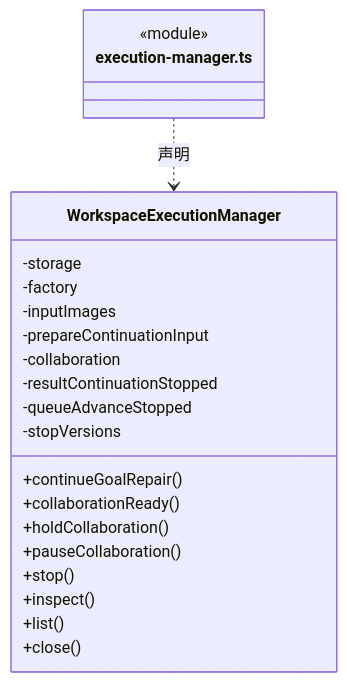
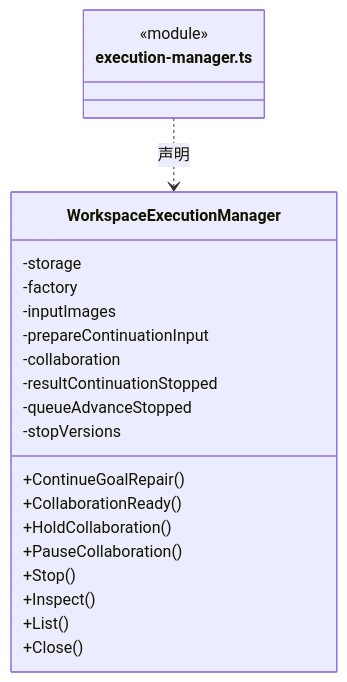
The fourth of 12 diagrams in src/logic/conversation/runtime/ARCHITECTURE.md (nan023062/cbim), drawn with Mermaid before and after one commit. The commit also changed other lines of this file and 1035 other files, not shown here.

````diff
--- a/src/logic/conversation/runtime/ARCHITECTURE.md
+++ b/src/logic/conversation/runtime/ARCHITECTURE.md
@@ -149,25 +149,25 @@
 ```mermaid
 classDiagram
 class N_src_logic_conversation_runtime_execution_manager_ts["execution-manager.ts"] {
   <<module>>
 }
 class N_src_logic_conversation_runtime_execution_manager_ts_WorkspaceExecutionManager["WorkspaceExecutionManager"] {
-  +continueGoalRepair()
-  +collaborationReady()
-  +holdCollaboration()
-  +pauseCollaboration()
-  +stop()
-  +inspect()
-  +list()
-  +close()
+  +ContinueGoalRepair()
+  +CollaborationReady()
+  +HoldCollaboration()
+  +PauseCollaboration()
+  +Stop()
+  +Inspect()
+  +List()
+  +Close()
   -storage
   -factory
   -inputImages
   -prepareContinuationInput
   -collaboration
   -resultContinuationStopped
   -queueAdvanceStopped
   -stopVersions
 }
 N_src_logic_conversation_runtime_execution_manager_ts ..> N_src_logic_conversation_runtime_execution_manager_ts_WorkspaceExecutionManager : 声明
 ```
````
